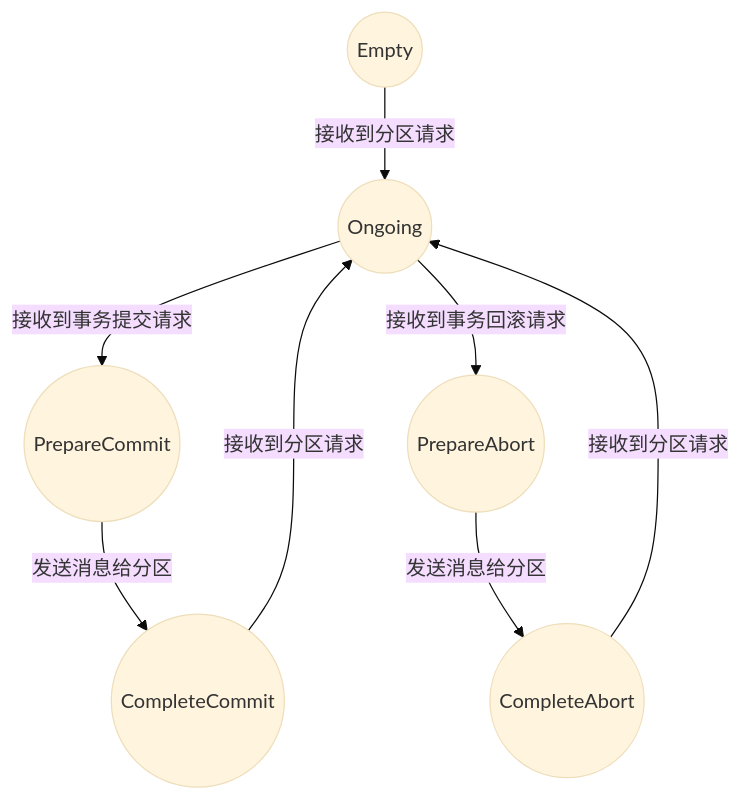
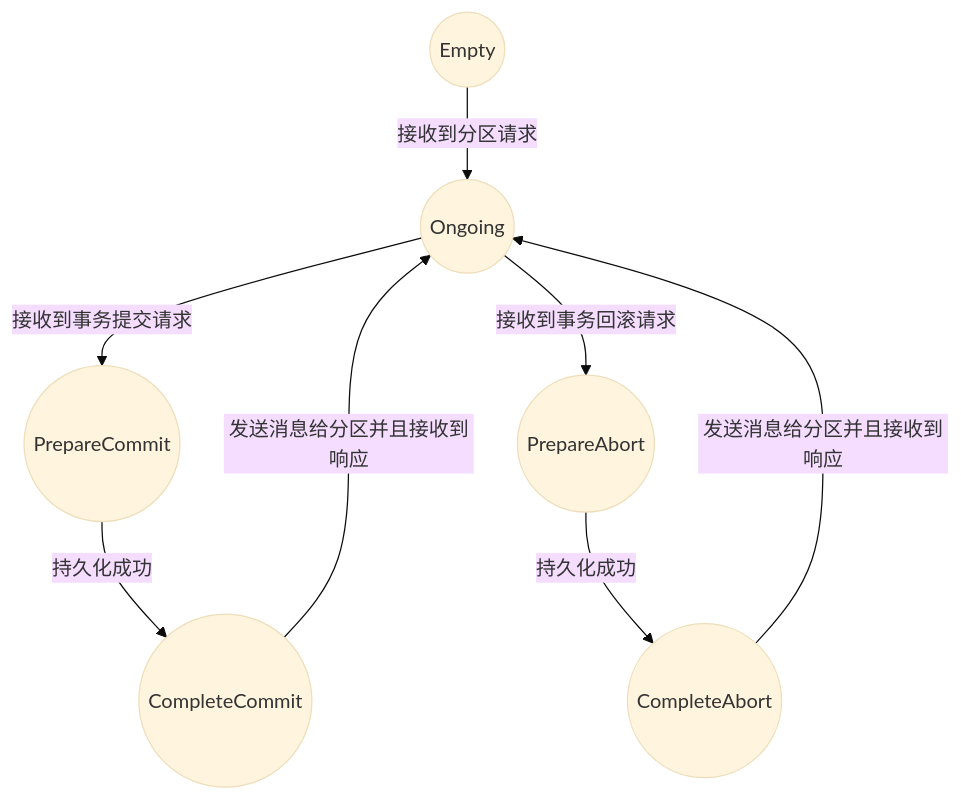
One commit to dailai/blog-1 changed the second of 2 diagrams in kafka/kafka-transaction.md. Above: the diagram before and after it, drawn with Mermaid (base theme). The commit also changed other lines of this file, not shown here.

````diff
--- a/kafka/kafka-transaction.md
+++ b/kafka/kafka-transaction.md
@@ -155,17 +155,17 @@
 ```mermaid
 graph TD
     Empty((Empty))
     Ongoing((Ongoing))
     PrepareCommit((PrepareCommit))
     PrepareAbort((PrepareAbort))
     CompleteCommit((CompleteCommit))
     CompleteAbort((CompleteAbort))
     
     Empty -->|接收到分区请求| Ongoing
     Ongoing -->|接收到事务提交请求| PrepareCommit
     Ongoing -->|接收到事务回滚请求| PrepareAbort
-    PrepareCommit -->|发送消息给分区| CompleteCommit
-    PrepareAbort -->|发送消息给分区| CompleteAbort
-    CompleteAbort -->|接收到分区请求| Ongoing
-    CompleteCommit -->|接收到分区请求| Ongoing
+    PrepareCommit -->|持久化成功| CompleteCommit
+    PrepareAbort -->|持久化成功| CompleteAbort
+    CompleteAbort -->|发送消息给分区并且接收到响应| Ongoing
+    CompleteCommit -->|发送消息给分区并且接收到响应| Ongoing
 ```
````
